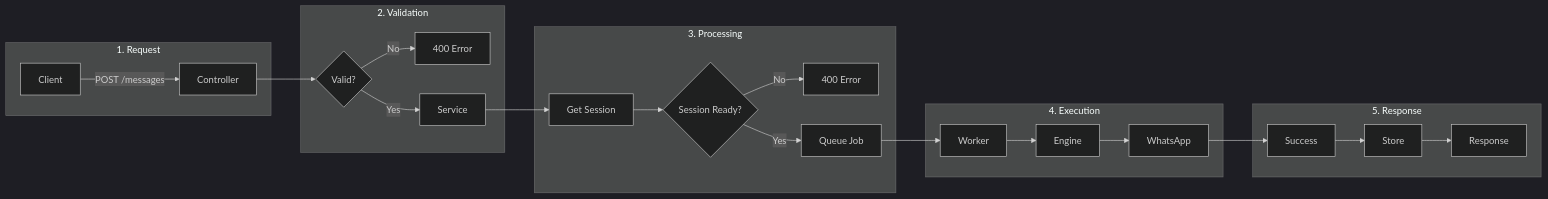
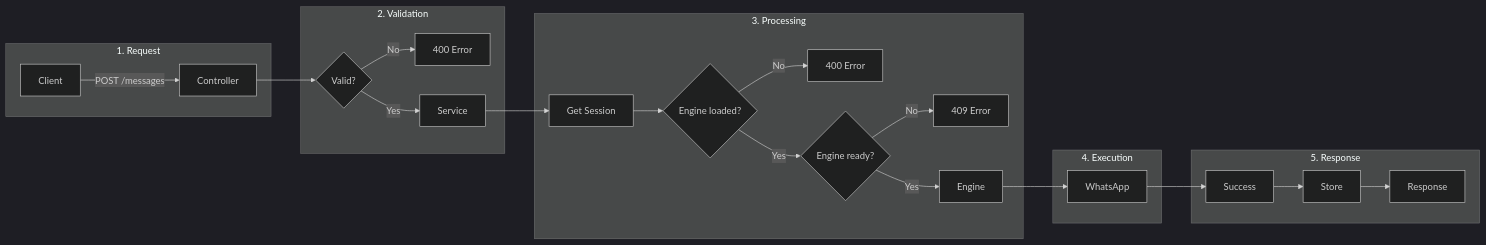
Before and after one commit to AntoineTROOVY/Sherlo: diagram 12 of 24 in docs/03-system-architecture.md, drawn with Mermaid (dark theme). The commit also changed other lines of this file, not shown here.

First line of the commit message:
docs(architecture): draw sends as a direct engine call

````diff
--- a/docs/03-system-architecture.md
+++ b/docs/03-system-architecture.md
@@ -574,31 +572,31 @@
 ```mermaid
 flowchart LR
     subgraph Request["1. Request"]
         A[Client] -->|POST /messages| B[Controller]
     end
 
     subgraph Validation["2. Validation"]
         B --> C{Valid?}
         C -->|No| D[400 Error]
         C -->|Yes| E[Service]
     end
 
     subgraph Processing["3. Processing"]
         E --> F[Get Session]
-        F --> G{Session Ready?}
+        F --> G{Engine loaded?}
         G -->|No| H[400 Error]
-        G -->|Yes| I[Queue Job]
+        G -->|Yes| G2{Engine ready?}
+        G2 -->|No| H2[409 Error]
+        G2 -->|Yes| K[Engine]
     end
 
     subgraph Execution["4. Execution"]
-        I --> J[Worker]
-        J --> K[Engine]
         K --> L[WhatsApp]
     end
 
     subgraph Response["5. Response"]
         L --> M[Success]
         M --> N[Store]
         N --> O[Response]
     end
 ```
````
